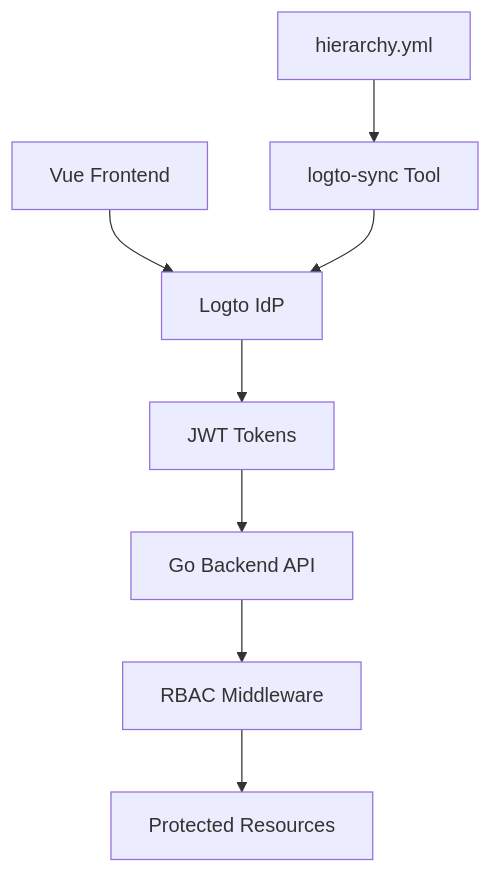
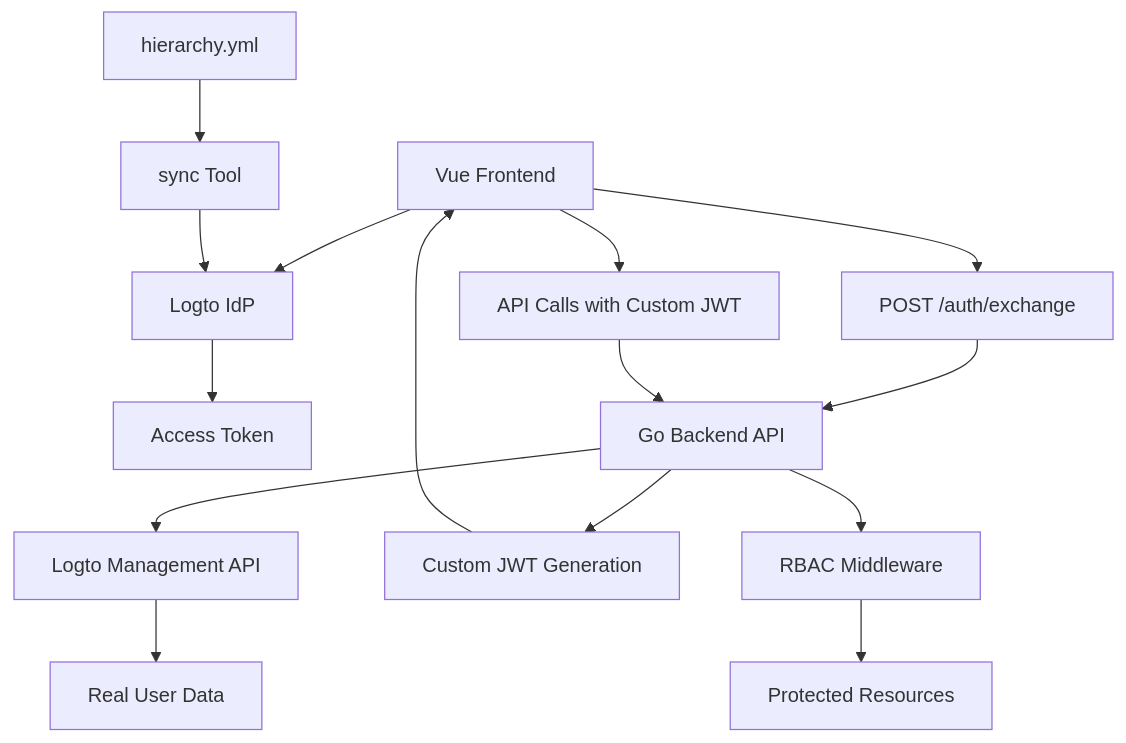
The first of 3 diagrams in DESIGN.md (NethServer/my), drawn with Mermaid before and after one commit. The commit also changed other lines of this file, not shown here.

````diff
--- a/DESIGN.md
+++ b/DESIGN.md
@@ -9,11 +9,18 @@
 ```mermaid
 graph TB
     A[Vue Frontend] --> B[Logto IdP]
-    B --> C[JWT Tokens]
-    C --> D[Go Backend API]
-    D --> E[RBAC Middleware]
-    E --> F[Protected Resources]
+    B --> C[Access Token]
+    A --> D[POST /auth/exchange]
+    D --> E[Go Backend API]
+    E --> F[Logto Management API]
+    F --> G[Real User Data]
+    E --> H[Custom JWT Generation]
+    H --> A
+    A --> I[API Calls with Custom JWT]
+    I --> E
+    E --> J[RBAC Middleware]
+    J --> K[Protected Resources]
 
-    G[hierarchy.yml] --> H[logto-sync Tool]
-    H --> B
+    L[hierarchy.yml] --> M[sync Tool]
+    M --> B
 ```
````
